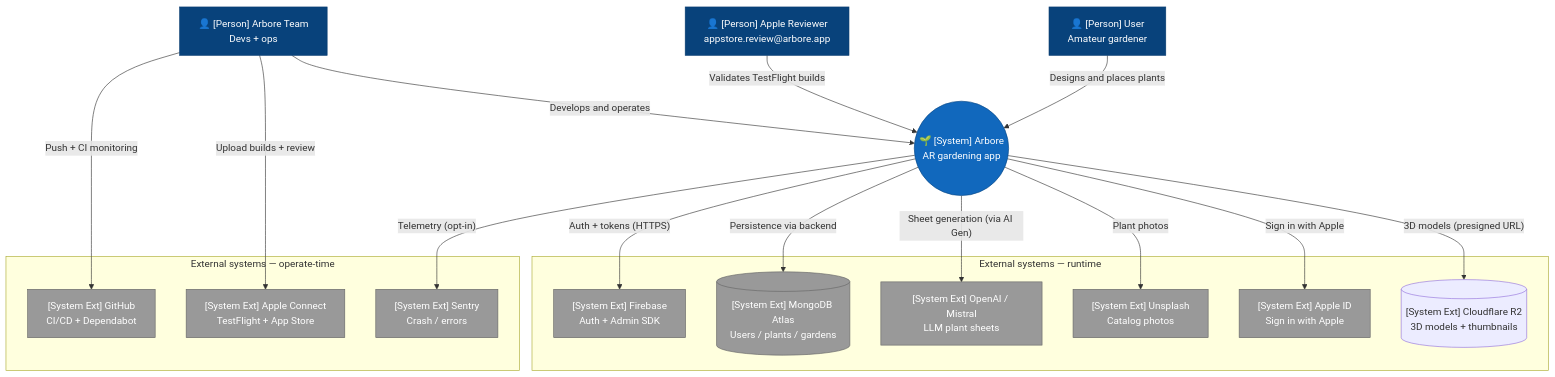
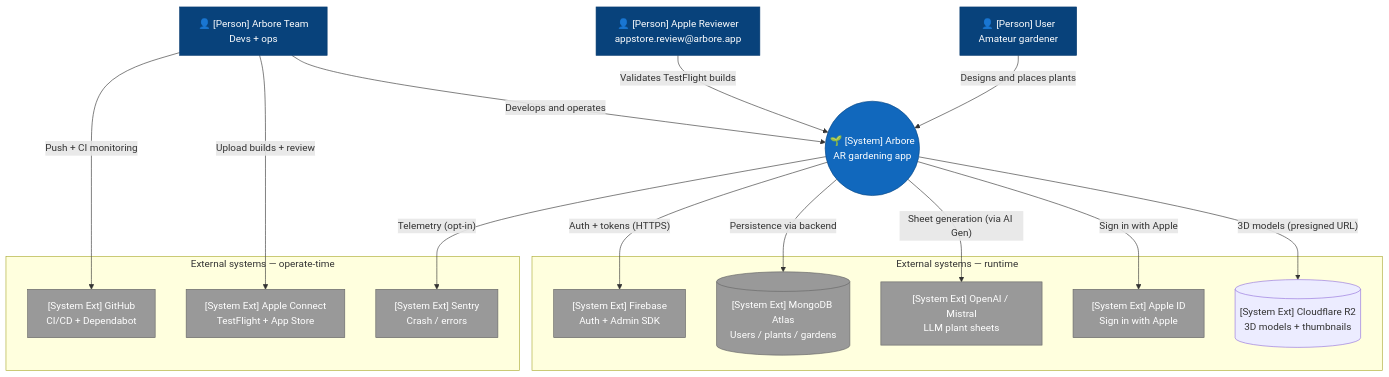
Before and after one commit to ArboreTeam/Arbore: the diagram in docs/en/architecture/01-context.md, drawn with Mermaid. The commit also changed 35 other files, not shown here.

````diff
--- a/docs/en/architecture/01-context.md
+++ b/docs/en/architecture/01-context.md
@@ -9,49 +9,47 @@
 ```mermaid
 flowchart TB
     %% Actors
     user["👤 [Person] User<br/>Amateur gardener"]
     reviewer["👤 [Person] Apple Reviewer<br/>appstore.review@arbore.app"]
     team["👤 [Person] Arbore Team<br/>Devs + ops"]
 
     %% Central system
     arbore(("🌱 [System] Arbore<br/>AR gardening app"))
 
     %% External systems — runtime
     subgraph runtime["External systems — runtime"]
         firebase["[System Ext] Firebase<br/>Auth + Admin SDK"]
         mongo[("[System Ext] MongoDB Atlas<br/>Users / plants / gardens")]
         openai["[System Ext] OpenAI / Mistral<br/>LLM plant sheets"]
-        unsplash["[System Ext] Unsplash<br/>Catalog photos"]
         apple_id["[System Ext] Apple ID<br/>Sign in with Apple"]
         r2[("[System Ext] Cloudflare R2<br/>3D models + thumbnails")]
     end
 
     %% External systems — operate-time
     subgraph operate["External systems — operate-time"]
         github["[System Ext] GitHub<br/>CI/CD + Dependabot"]
         appstore["[System Ext] Apple Connect<br/>TestFlight + App Store"]
         sentry["[System Ext] Sentry<br/>Crash / errors"]
     end
 
     user      -- "Designs and places plants"          --> arbore
     reviewer  -- "Validates TestFlight builds"         --> arbore
     team      -- "Develops and operates"               --> arbore
 
     arbore    -- "Auth + tokens (HTTPS)"               --> firebase
     arbore    -- "Sign in with Apple"                  --> apple_id
     arbore    -- "Persistence via backend"             --> mongo
     arbore    -- "Sheet generation (via AI Gen)"       --> openai
-    arbore    -- "Plant photos"                        --> unsplash
     arbore    -- "3D models (presigned URL)"           --> r2
     arbore    -- "Telemetry (opt-in)"                  --> sentry
 
     team      -- "Push + CI monitoring"                --> github
     team      -- "Upload builds + review"              --> appstore
 
     classDef person fill:#08427B,stroke:#073B6F,color:#fff
     classDef system fill:#1168BD,stroke:#0B4884,color:#fff
     classDef ext    fill:#999,stroke:#666,color:#fff
     class user,reviewer,team person
     class arbore system
-    class firebase,mongo,openai,unsplash,apple_id,github,appstore,sentry ext
+    class firebase,mongo,openai,apple_id,github,appstore,sentry ext
 ```
````
